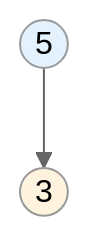
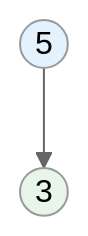
Diagram 22 of 31 in docs/030-数据结构与算法/200-树结构/002-二叉搜索树.md (hemy08/hemynotes), drawn with Mermaid (neutral theme) before and after one commit. The commit also changed other lines of this file and 91 other files, not shown here.

````diff
--- a/docs/030-数据结构与算法/200-树结构/002-二叉搜索树.md
+++ b/docs/030-数据结构与算法/200-树结构/002-二叉搜索树.md
@@ -524,7 +514,7 @@
 ```mermaid
 graph TB
-    A((5)) --> B((3))
+    5((5)) --> 3((3))
     
-    style A fill:#E3F2FD
-    style B fill:#FFF3E0
+    style 5 fill:#E3F2FD
+    style 3 fill:#E8F5E9
 ```
````
